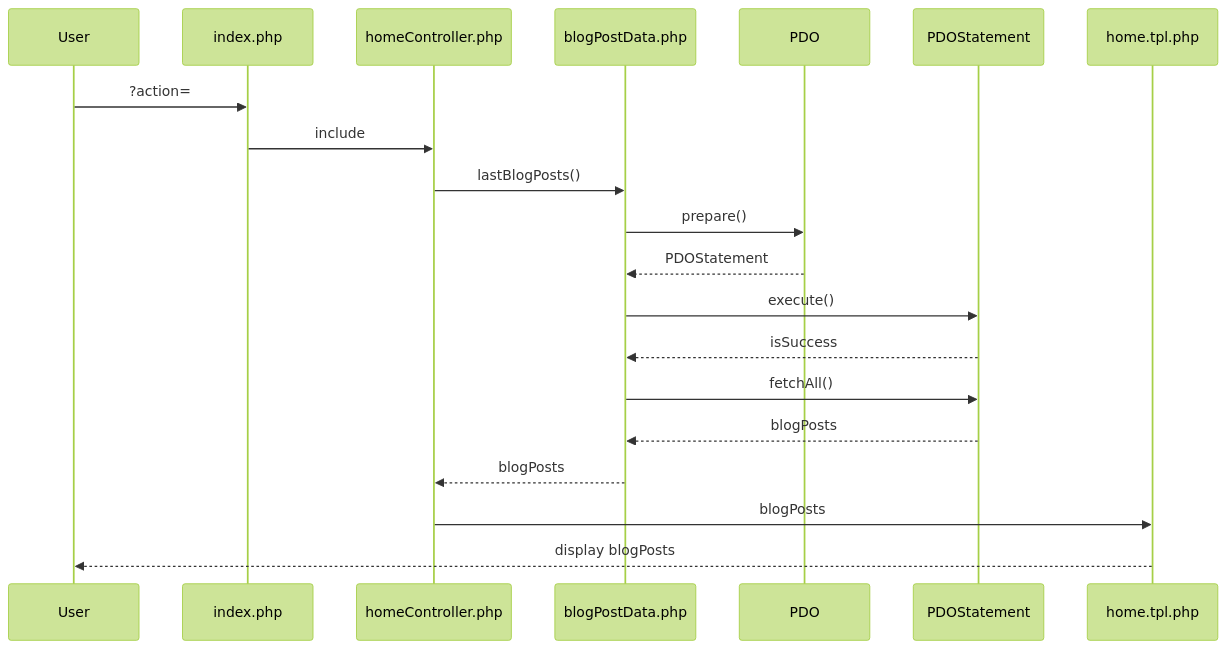
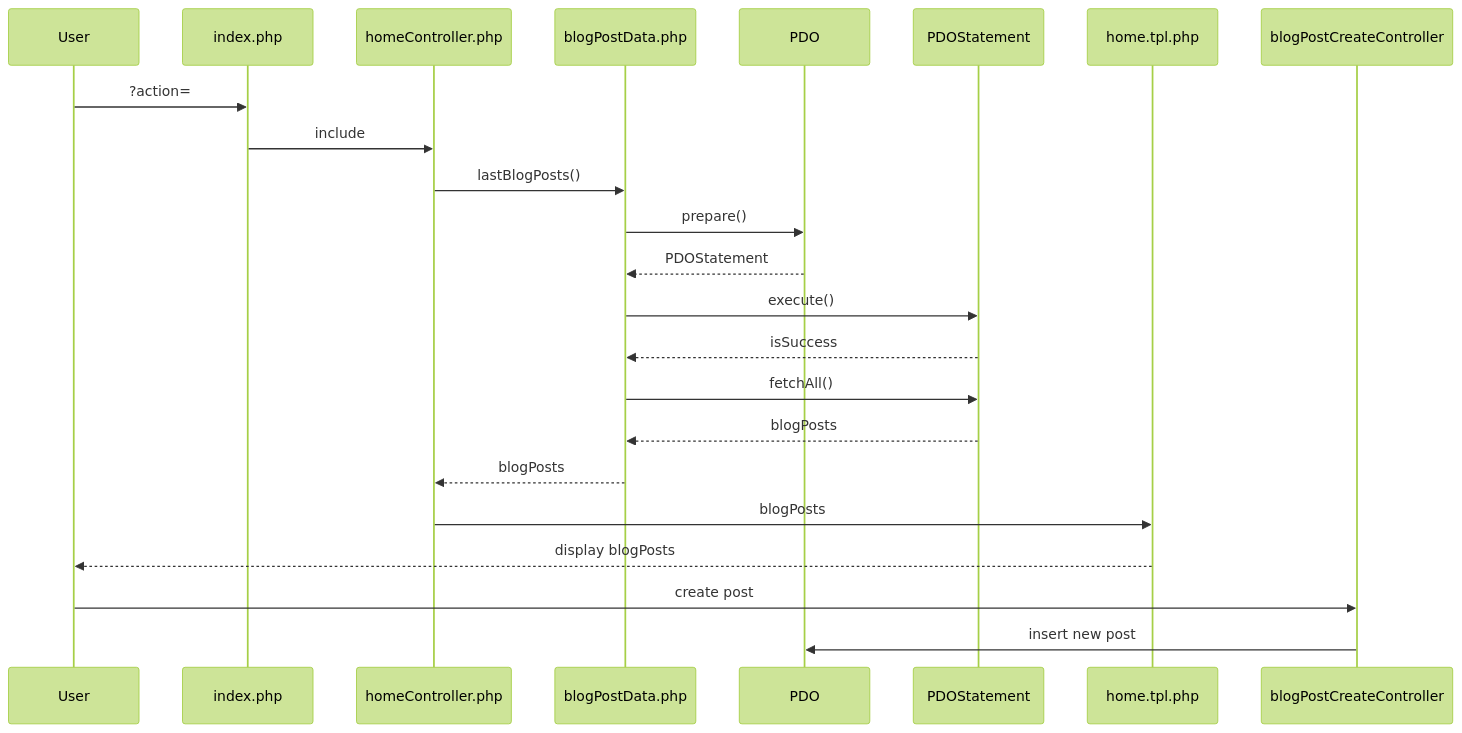
Before and after one commit to MateoNicoud/blog: the second of 4 diagrams in doc/diagramme.md, drawn with Mermaid (forest theme). The commit also changed 3 other files, not shown here.

````diff
--- a/doc/diagramme.md
+++ b/doc/diagramme.md
@@ -11,15 +11,17 @@
 ```mermaid
 sequenceDiagram
 User->>index.php: ?action=
 index.php->>homeController.php: include
 homeController.php->>blogPostData.php: lastBlogPosts()
 blogPostData.php->>PDO: prepare()
 PDO-->>blogPostData.php: PDOStatement
 blogPostData.php->>PDOStatement: execute()
 PDOStatement-->>blogPostData.php: isSuccess
 blogPostData.php->>PDOStatement: fetchAll()
 PDOStatement-->>blogPostData.php: blogPosts
 blogPostData.php-->>homeController.php: blogPosts
 homeController.php->>home.tpl.php: blogPosts
 home.tpl.php-->>User: display blogPosts
+User->>blogPostCreateController: create post
+blogPostCreateController->>PDO:insert new post
 ```
````
